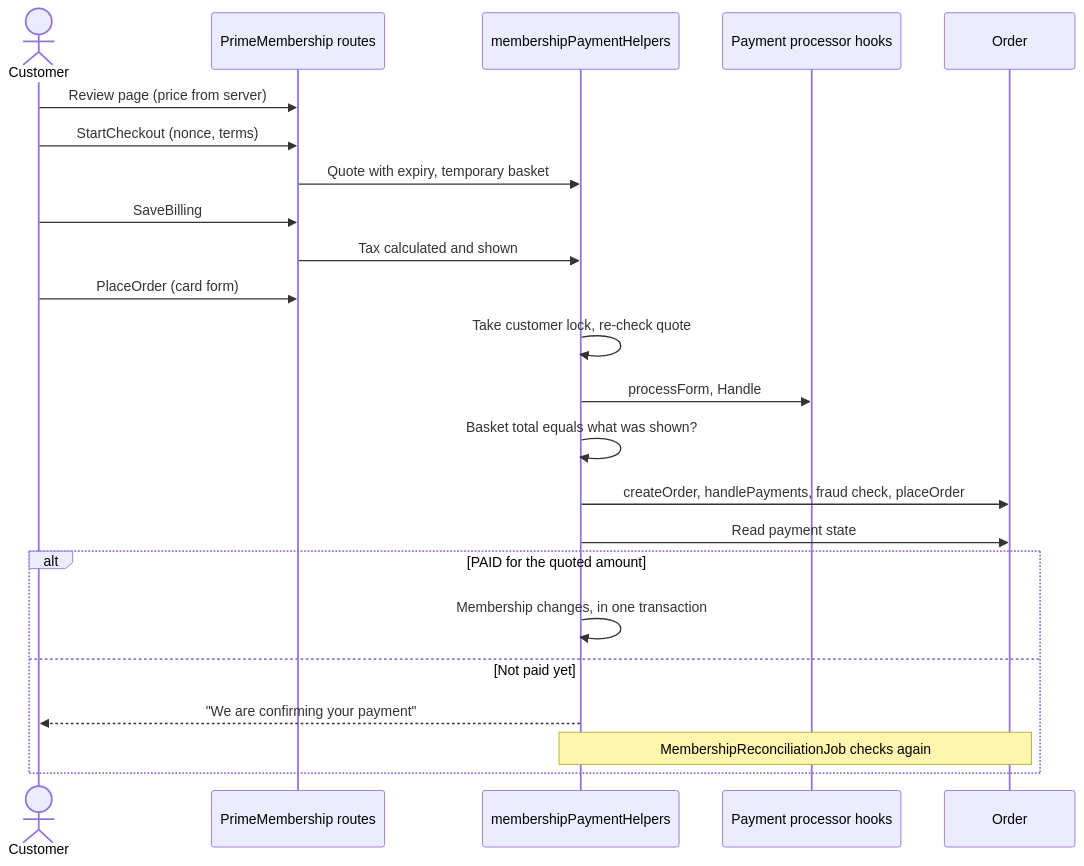
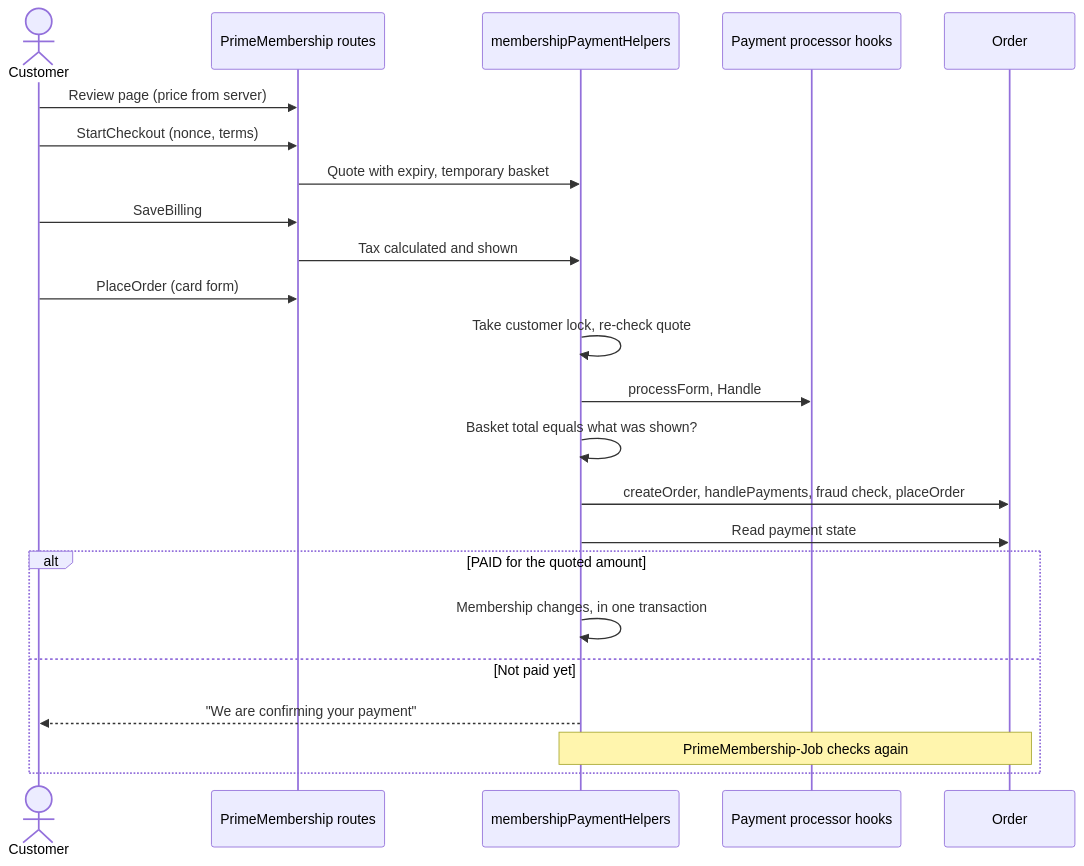
The diagram in docs/prime-membership-payment-flow.md (Vedesh-reddy/sfcc-prime-membership), drawn with Mermaid before and after one commit. The commit also changed 13 other files, not shown here.

````diff
--- a/docs/prime-membership-payment-flow.md
+++ b/docs/prime-membership-payment-flow.md
@@ -5,25 +5,25 @@
 ```mermaid
 sequenceDiagram
     actor C as Customer
     participant S as PrimeMembership routes
     participant P as membershipPaymentHelpers
     participant H as Payment processor hooks
     participant O as Order
     C->>S: Review page (price from server)
     C->>S: StartCheckout (nonce, terms)
     S->>P: Quote with expiry, temporary basket
     C->>S: SaveBilling
     S->>P: Tax calculated and shown
     C->>S: PlaceOrder (card form)
     P->>P: Take customer lock, re-check quote
     P->>H: processForm, Handle
     P->>P: Basket total equals what was shown?
     P->>O: createOrder, handlePayments, fraud check, placeOrder
     P->>O: Read payment state
     alt PAID for the quoted amount
         P->>P: Membership changes, in one transaction
     else Not paid yet
         P-->>C: "We are confirming your payment"
-        Note over P,O: MembershipReconciliationJob checks again
+        Note over P,O: PrimeMembership-Job checks again
     end
 ```
````
